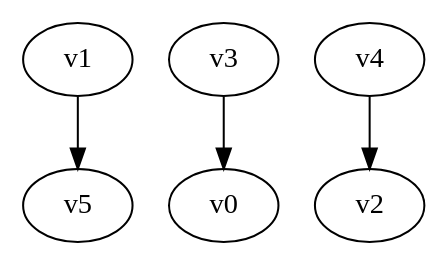
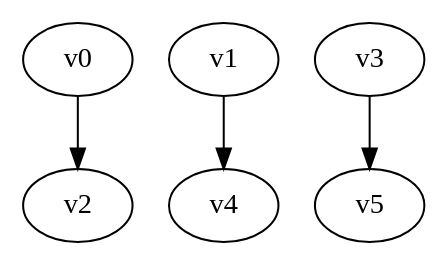
The diagram in digraph.dot (yadej/graph_project), drawn with Graphviz before and after one commit. The commit also changed 2 other files, not shown here.

```diff
--- a/digraph.dot
+++ b/digraph.dot
@@ -1,5 +1,5 @@
 digraph G { 
-v1 -> v5;
-v3 -> v0;
-v4 -> v2;
+v0 -> v2;
+v1 -> v4;
+v3 -> v5;
 }
```
